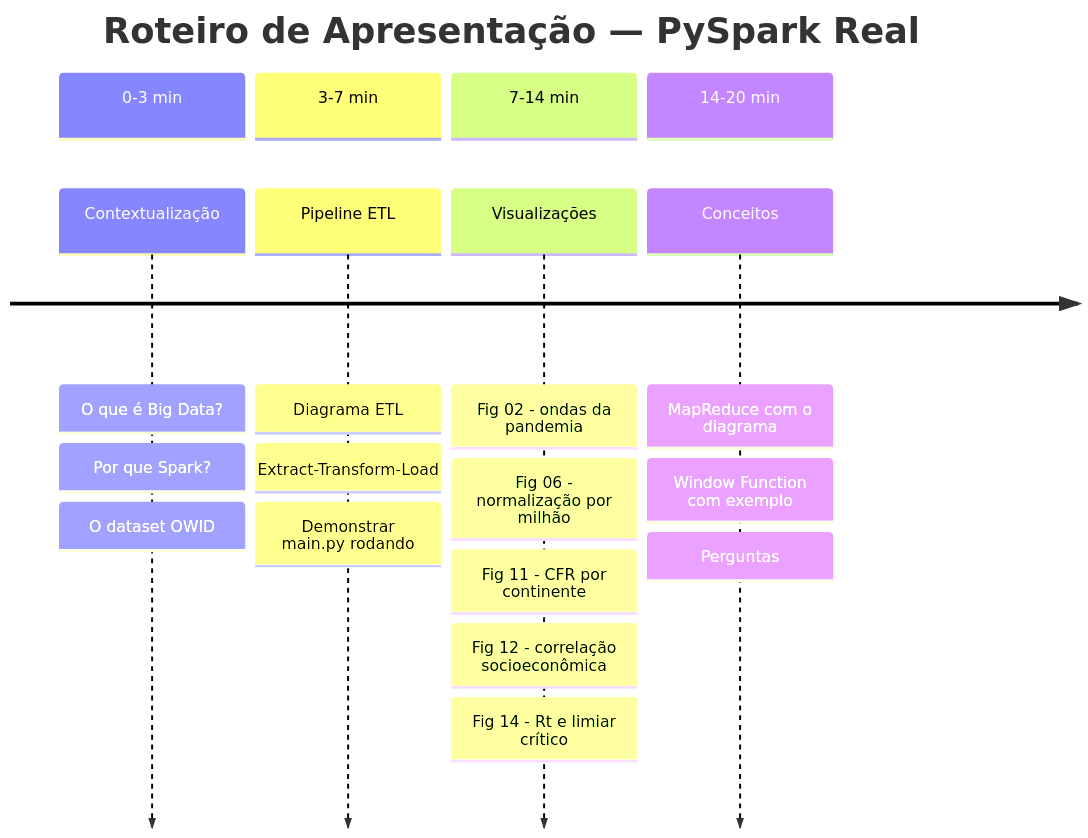
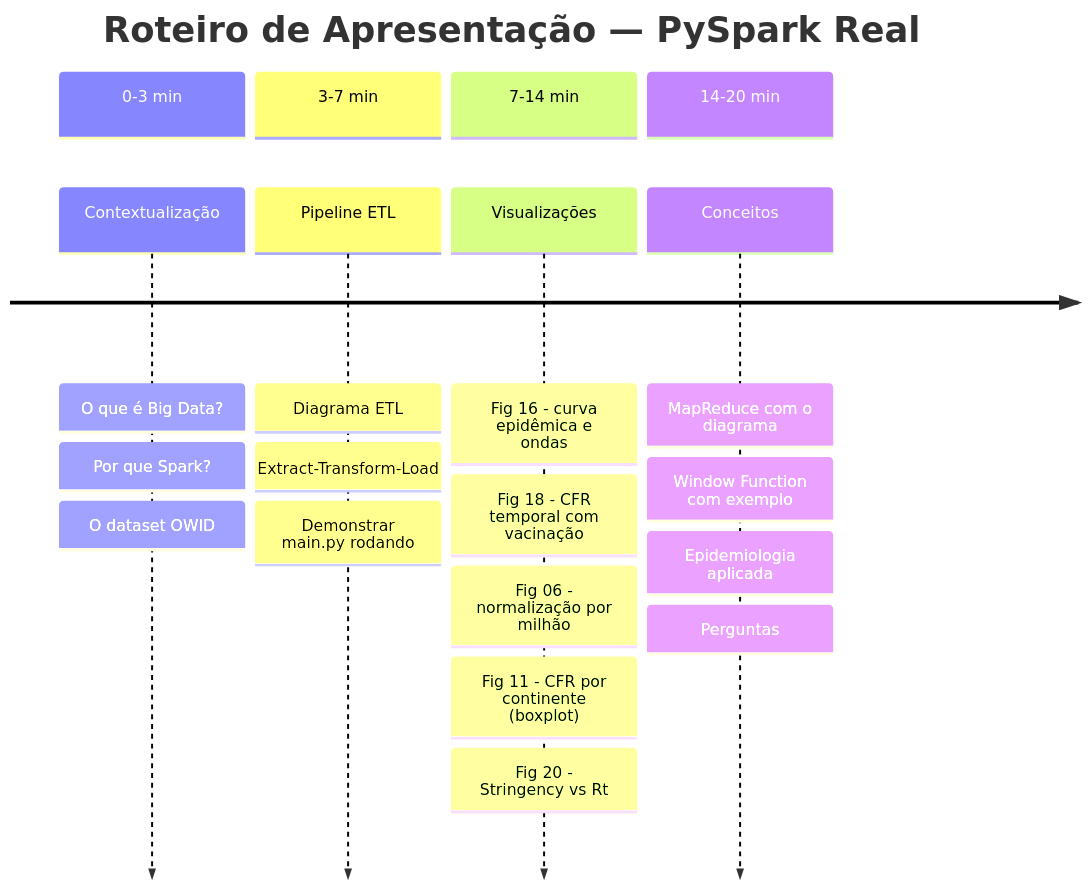
Before and after one commit to isabelacarone/eda-covid19: diagram 12 of 12 in DOCUMENTACAO.md, drawn with Mermaid. The commit also changed other lines of this file and 2 other files, not shown here.

````diff
--- a/DOCUMENTACAO.md
+++ b/DOCUMENTACAO.md
@@ -483,22 +524,23 @@
 ```mermaid
 timeline
     title Roteiro de Apresentação — PySpark Real
     section 0-3 min
         Contextualização : O que é Big Data?
                          : Por que Spark?
                          : O dataset OWID
     section 3-7 min
         Pipeline ETL : Diagrama ETL
                      : Extract-Transform-Load
                      : Demonstrar main.py rodando
     section 7-14 min
-        Visualizações : Fig 02 - ondas da pandemia
+        Visualizações : Fig 16 - curva epidêmica e ondas
+                      : Fig 18 - CFR temporal com vacinação
                       : Fig 06 - normalização por milhão
-                      : Fig 11 - CFR por continente
-                      : Fig 12 - correlação socioeconômica
-                      : Fig 14 - Rt e limiar crítico
+                      : Fig 11 - CFR por continente (boxplot)
+                      : Fig 20 - Stringency vs Rt
     section 14-20 min
         Conceitos : MapReduce com o diagrama
                   : Window Function com exemplo
+                  : Epidemiologia aplicada
                   : Perguntas
 ```
````
